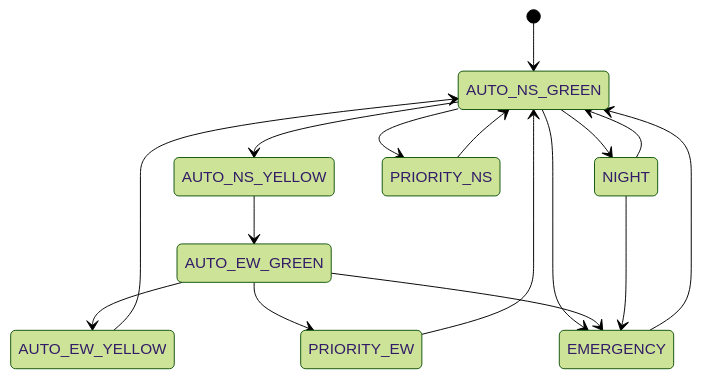
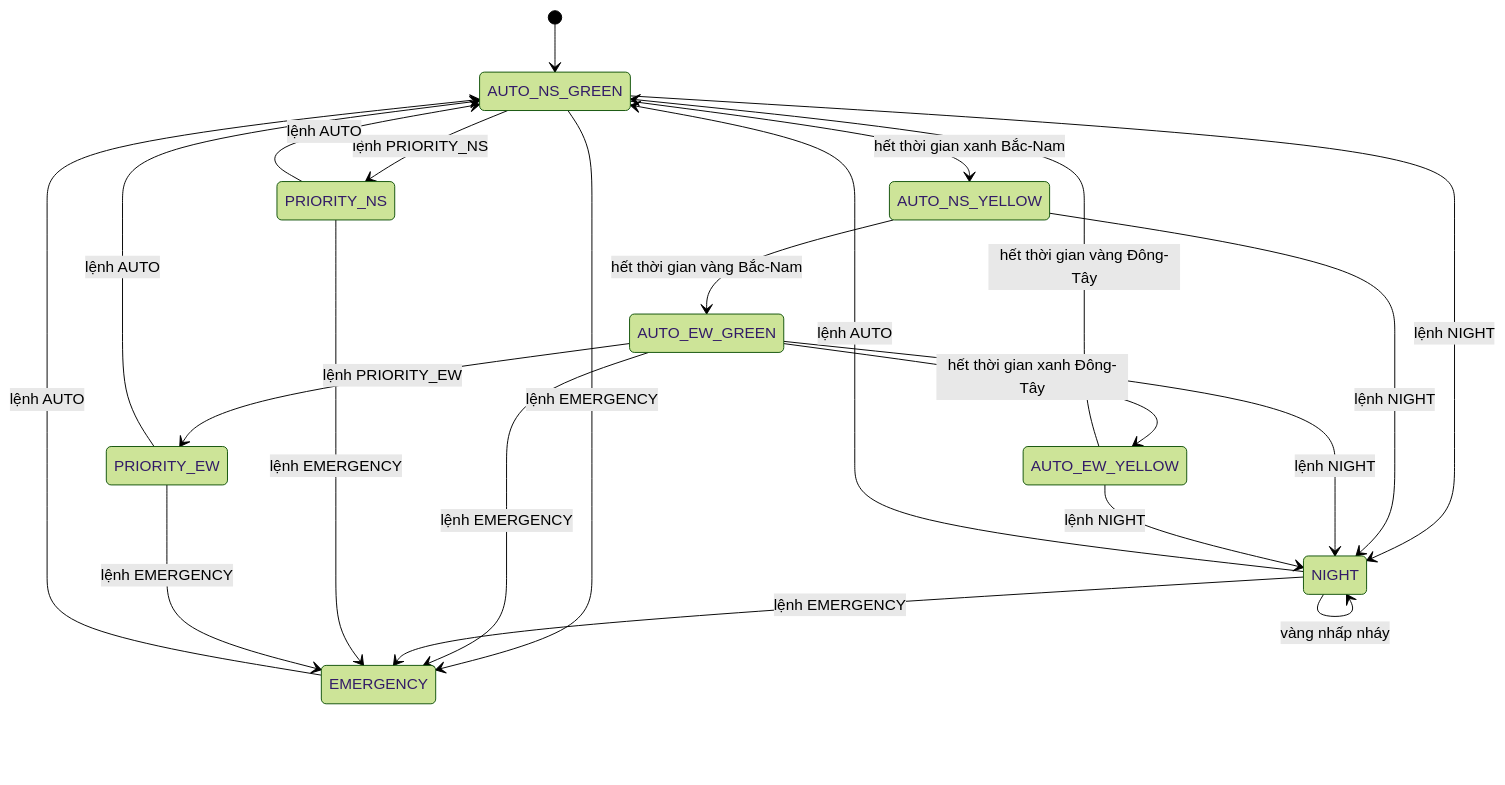
The diagram in assets/diagrams/state_machine.mmd (xuanhai0913/iot-traffic-light-wokwi), drawn with Mermaid (forest theme) before and after one commit. The commit also changed 1 other file, not shown here.

Commit message:
Fix review comments - Vietnamese diagrams and consistency

```diff
--- a/assets/diagrams/state_machine.mmd
+++ b/assets/diagrams/state_machine.mmd
@@ -1,37 +1,27 @@
 stateDiagram-v2
+    [*] --> AUTO_NS_GREEN
 
-[*] --> AUTO_NS_GREEN
+    AUTO_NS_GREEN --> AUTO_NS_YELLOW: hết thời gian xanh Bắc-Nam
+    AUTO_NS_YELLOW --> AUTO_EW_GREEN: hết thời gian vàng Bắc-Nam
+    AUTO_EW_GREEN --> AUTO_EW_YELLOW: hết thời gian xanh Đông-Tây
+    AUTO_EW_YELLOW --> AUTO_NS_GREEN: hết thời gian vàng Đông-Tây
 
+    AUTO_NS_GREEN --> NIGHT: lệnh NIGHT
+    AUTO_NS_YELLOW --> NIGHT: lệnh NIGHT
+    AUTO_EW_GREEN --> NIGHT: lệnh NIGHT
+    AUTO_EW_YELLOW --> NIGHT: lệnh NIGHT
 
-AUTO_NS_GREEN --> AUTO_NS_YELLOW
+    NIGHT --> AUTO_NS_GREEN: lệnh AUTO
+    NIGHT --> NIGHT: vàng nhấp nháy
 
-AUTO_NS_YELLOW --> AUTO_EW_GREEN
+    AUTO_NS_GREEN --> PRIORITY_NS: lệnh PRIORITY_NS
+    AUTO_EW_GREEN --> PRIORITY_EW: lệnh PRIORITY_EW
+    PRIORITY_NS --> AUTO_NS_GREEN: lệnh AUTO
+    PRIORITY_EW --> AUTO_NS_GREEN: lệnh AUTO
 
-AUTO_EW_GREEN --> AUTO_EW_YELLOW
-
-AUTO_EW_YELLOW --> AUTO_NS_GREEN
-
-
-AUTO_NS_GREEN --> NIGHT
-
-NIGHT --> AUTO_NS_GREEN
-
-
-AUTO_NS_GREEN --> PRIORITY_NS
-
-PRIORITY_NS --> AUTO_NS_GREEN
-
-
-AUTO_EW_GREEN --> PRIORITY_EW
-
-PRIORITY_EW --> AUTO_NS_GREEN
-
-
-AUTO_NS_GREEN --> EMERGENCY
-
-AUTO_EW_GREEN --> EMERGENCY
-
-NIGHT --> EMERGENCY
-
-
-EMERGENCY --> AUTO_NS_GREEN
+    AUTO_NS_GREEN --> EMERGENCY: lệnh EMERGENCY
+    AUTO_EW_GREEN --> EMERGENCY: lệnh EMERGENCY
+    NIGHT --> EMERGENCY: lệnh EMERGENCY
+    PRIORITY_NS --> EMERGENCY: lệnh EMERGENCY
+    PRIORITY_EW --> EMERGENCY: lệnh EMERGENCY
+    EMERGENCY --> AUTO_NS_GREEN: lệnh AUTO
```
